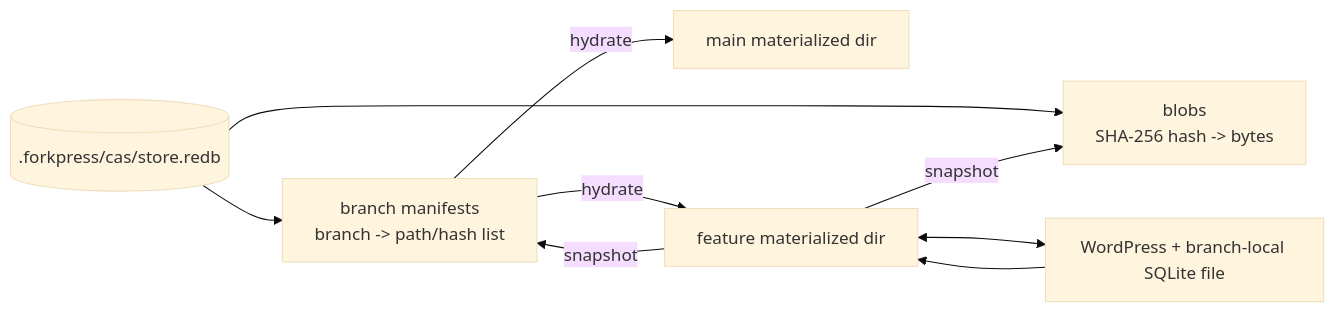
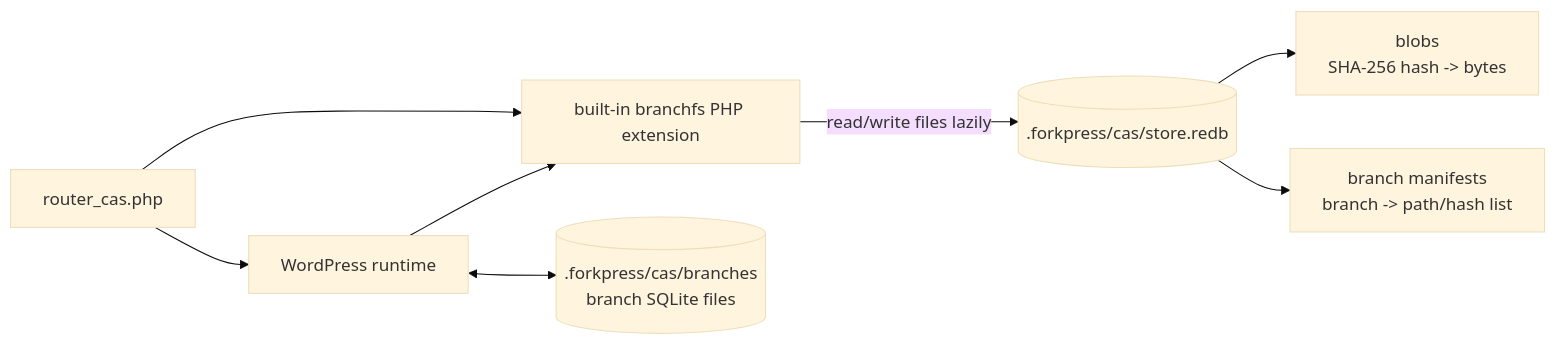
One commit to Automattic/forkpress changed the first of 4 diagrams in docs/storage-drivers.md. Above: the diagram before and after it, drawn with Mermaid (base theme). The commit also changed other lines of this file and 18 other files, not shown here.

Commit message:
Add lazy Redb CAS storage backend

````diff
--- a/docs/storage-drivers.md
+++ b/docs/storage-drivers.md
@@ -53,18 +53,18 @@
 ```mermaid
 flowchart LR
     redb[(.forkpress/cas/store.redb)]
     blobs[blobs<br/>SHA-256 hash -> bytes]
     manifests[branch manifests<br/>branch -> path/hash list]
-    main[main materialized dir]
-    feature[feature materialized dir]
-    wp[WordPress + branch-local SQLite file]
+    router[router_cas.php]
+    branchfs[built-in branchfs PHP extension]
+    wp[WordPress runtime]
+    dbs[(.forkpress/cas/branches<br/>branch SQLite files)]
 
     redb --> blobs
     redb --> manifests
-    manifests -- hydrate --> main
-    manifests -- hydrate --> feature
-    feature <--> wp
-    wp --> feature
-    feature -- snapshot --> blobs
-    feature -- snapshot --> manifests
+    router --> branchfs
+    branchfs -- read/write files lazily --> redb
+    router --> wp
+    wp --> branchfs
+    wp <--> dbs
 ```
````
